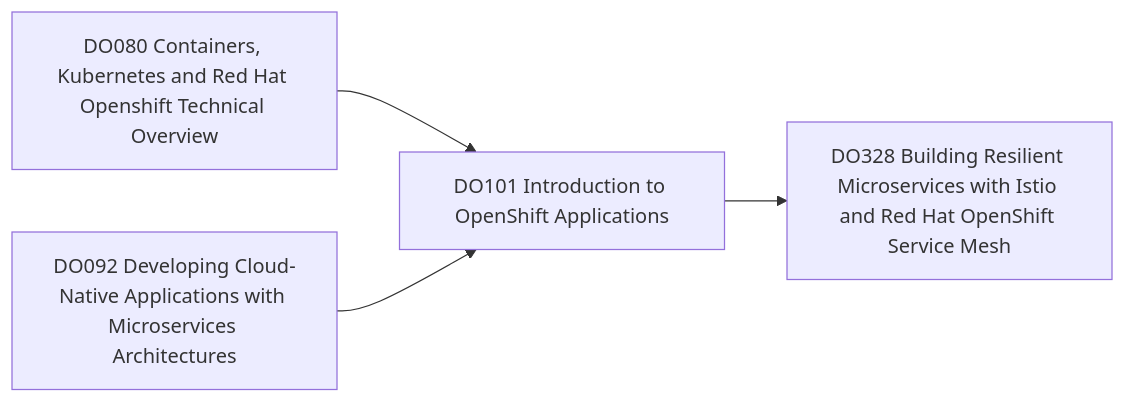
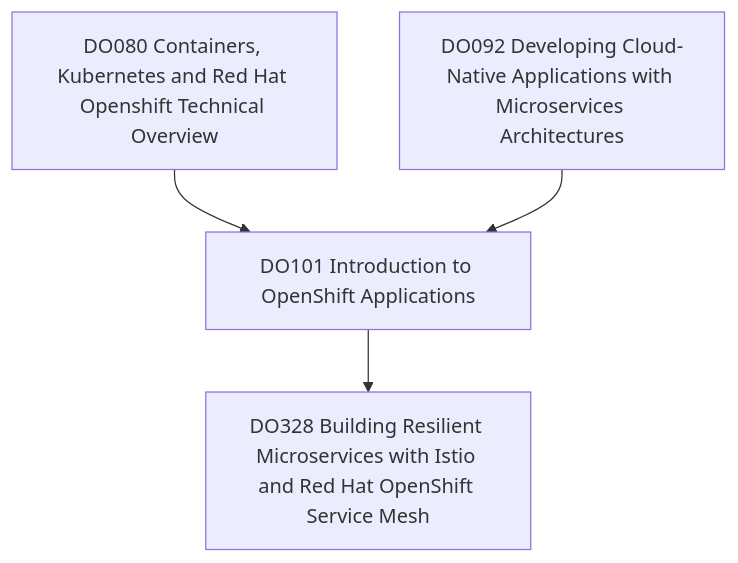
Before and after one commit to jland-redhat/markdown-material: the diagram in docs/app_development_containers_fancy copy.md, drawn with Mermaid.

````diff
--- a/docs/app_development_containers_fancy copy.md
+++ b/docs/app_development_containers_fancy copy.md
@@ -3,7 +3,7 @@
 ``` mermaid
-graph LR
+graph TD
   A[DO080 Containers, Kubernetes and Red Hat Openshift Technical Overview] --> C[DO101 Introduction to OpenShift Applications];
   B[DO092 Developing Cloud-Native Applications with Microservices Architectures] --> C;
   C --> D[DO328 Building Resilient Microservices with Istio and Red Hat OpenShift Service Mesh];
   click A "https://www.redhat.com/en/services/training/do080-deploying-containerized-applications-technical-overview" "Overview for deploying containerized applications"
 ```
````
